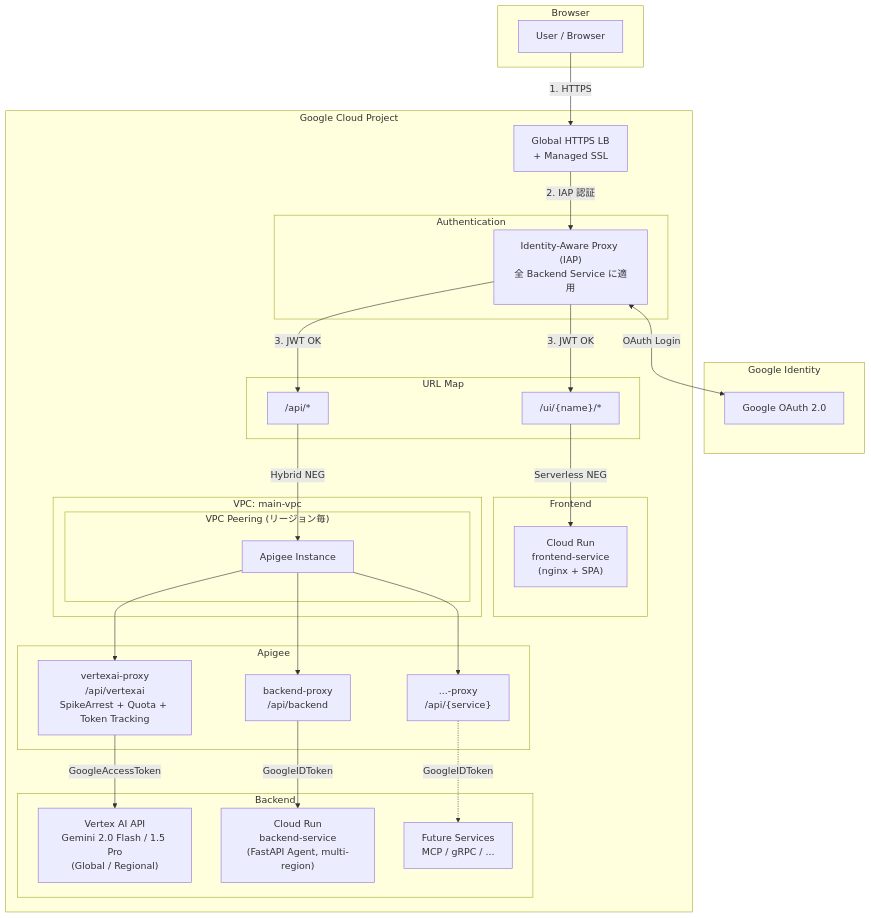
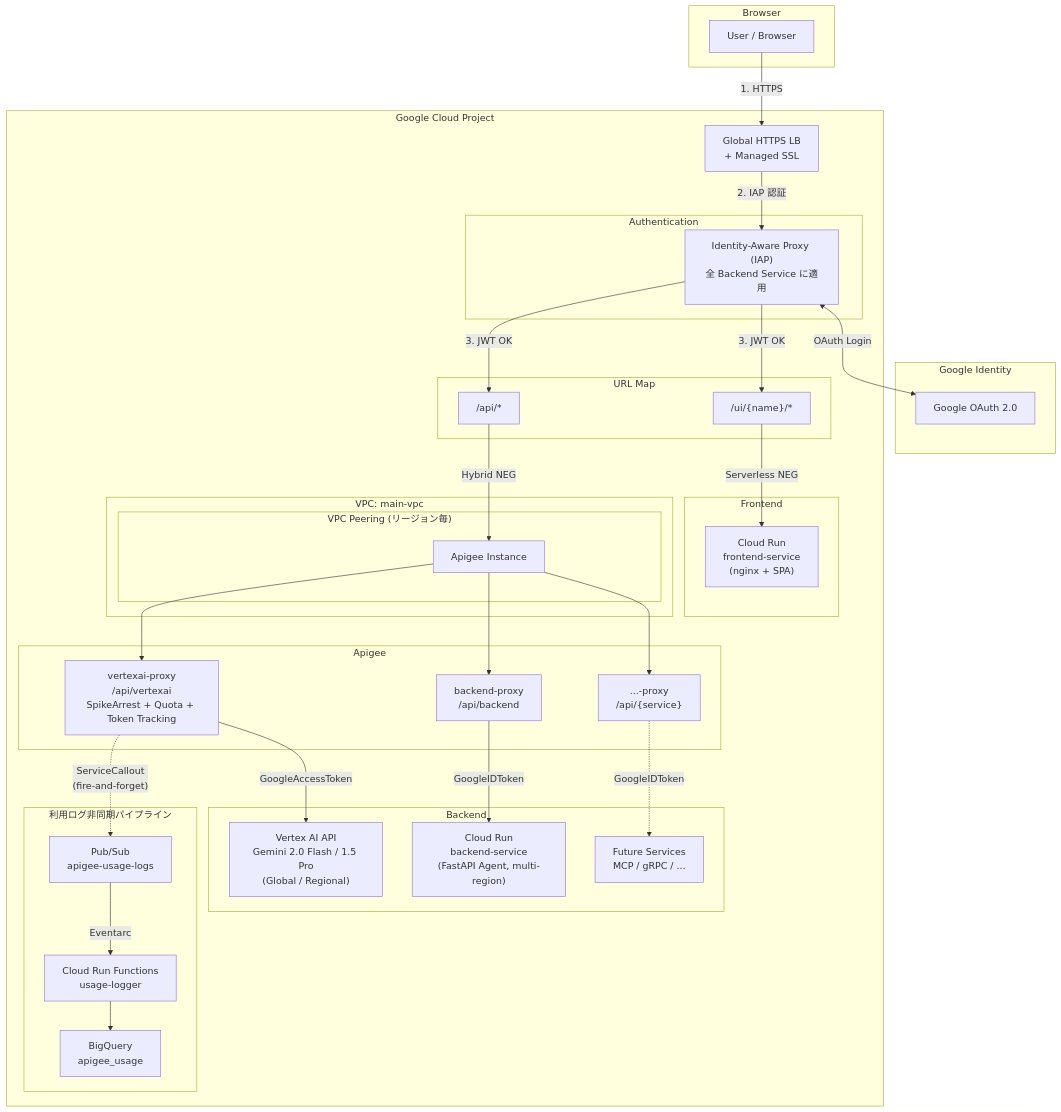
Before and after one commit to linzhengen/apigee-labs: the first of 4 diagrams in README.md, drawn with Mermaid. The commit also changed other lines of this file and 19 other files, not shown here.

First line of the commit message:
feat: publish Vertex AI usage logs to Pub/Sub and record them in BigQuery

````diff
--- a/README.md
+++ b/README.md
@@ -46,57 +50,67 @@
 ```mermaid
 graph TB
   subgraph Browser
     U[User / Browser]
   end
 
   subgraph Google["Google Identity"]
     GAUTH["Google OAuth 2.0"]
   end
 
   subgraph GCP["Google Cloud Project"]
     LB["Global HTTPS LB<br/>+ Managed SSL"]
 
     subgraph Auth["Authentication"]
       IAP["Identity-Aware Proxy (IAP)<br/>全 Backend Service に適用"]
     end
 
     subgraph URLMap["URL Map"]
       R_UI["/ui/{name}/*"]
       R_API["/api/*"]
     end
 
     subgraph Frontends["Frontend"]
       CR_FE["Cloud Run<br/>frontend-service<br/>(nginx + SPA)"]
     end
 
     subgraph ApigeeX["Apigee"]
       VP["vertexai-proxy<br/>/api/vertexai<br/>SpikeArrest + Quota + Token Tracking"]
       BP["backend-proxy<br/>/api/backend"]
       SP["...-proxy<br/>/api/{service}"]
     end
 
     subgraph Backends["Backend"]
       VAI["Vertex AI API<br/>Gemini 2.0 Flash / 1.5 Pro<br/>(Global / Regional)"]
       CR_BE["Cloud Run<br/>backend-service<br/>(FastAPI Agent, multi-region)"]
       Future["Future Services<br/>MCP / gRPC / ..."]
     end
 
     subgraph VPC["VPC: main-vpc"]
       subgraph Peering["VPC Peering (リージョン毎)"]
         AI["Apigee Instance"]
       end
     end
+
+    subgraph UsagePipeline["利用ログ非同期パイプライン"]
+      PS["Pub/Sub<br/>apigee-usage-logs"]
+      FN["Cloud Run Functions<br/>usage-logger"]
+      BQ["BigQuery<br/>apigee_usage"]
+    end
   end
 
   U -->|"1. HTTPS"| LB
   LB -->|"2. IAP 認証"| IAP
   IAP <-->|"OAuth Login"| GAUTH
   IAP -->|"3. JWT OK"| R_UI & R_API
 
   R_UI -->|Serverless NEG| CR_FE
   R_API -->|Hybrid NEG| AI
   AI --> VP & BP & SP
   VP -->|GoogleAccessToken| VAI
   BP -->|GoogleIDToken| CR_BE
   SP -.->|GoogleIDToken| Future
+
+  VP -.->|"ServiceCallout<br/>(fire-and-forget)"| PS
+  PS -->|Eventarc| FN
+  FN --> BQ
 ```
````
